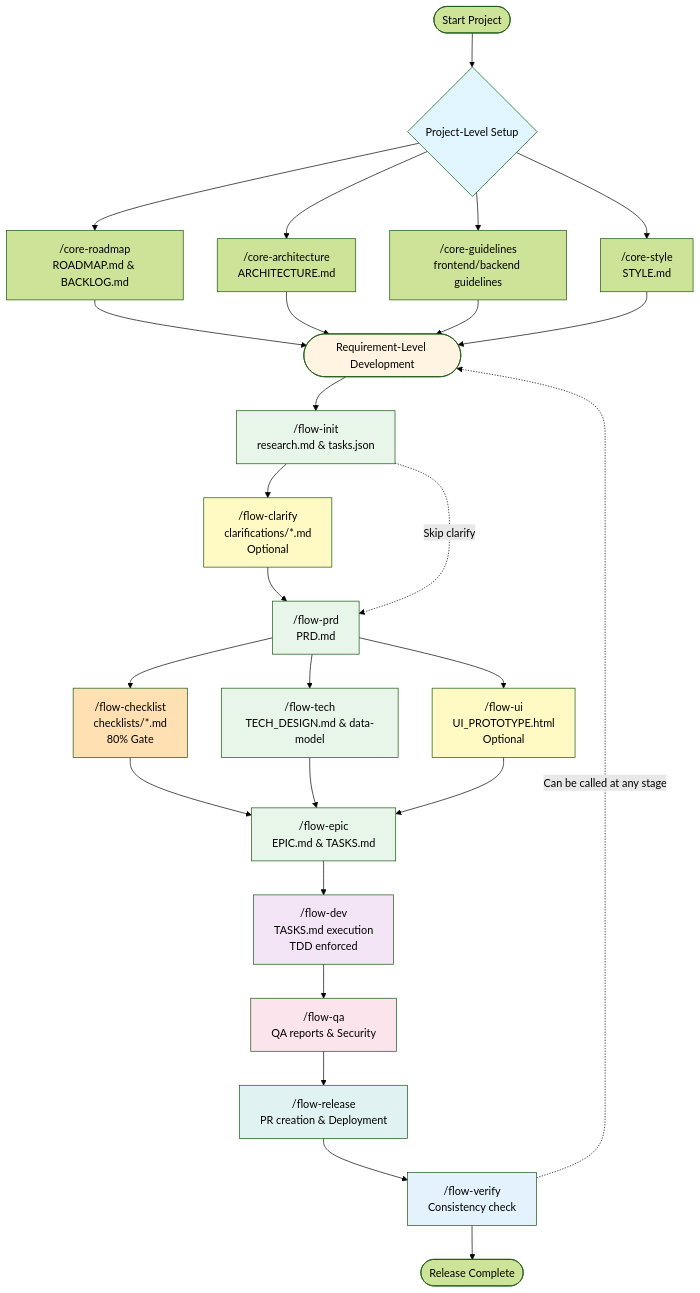
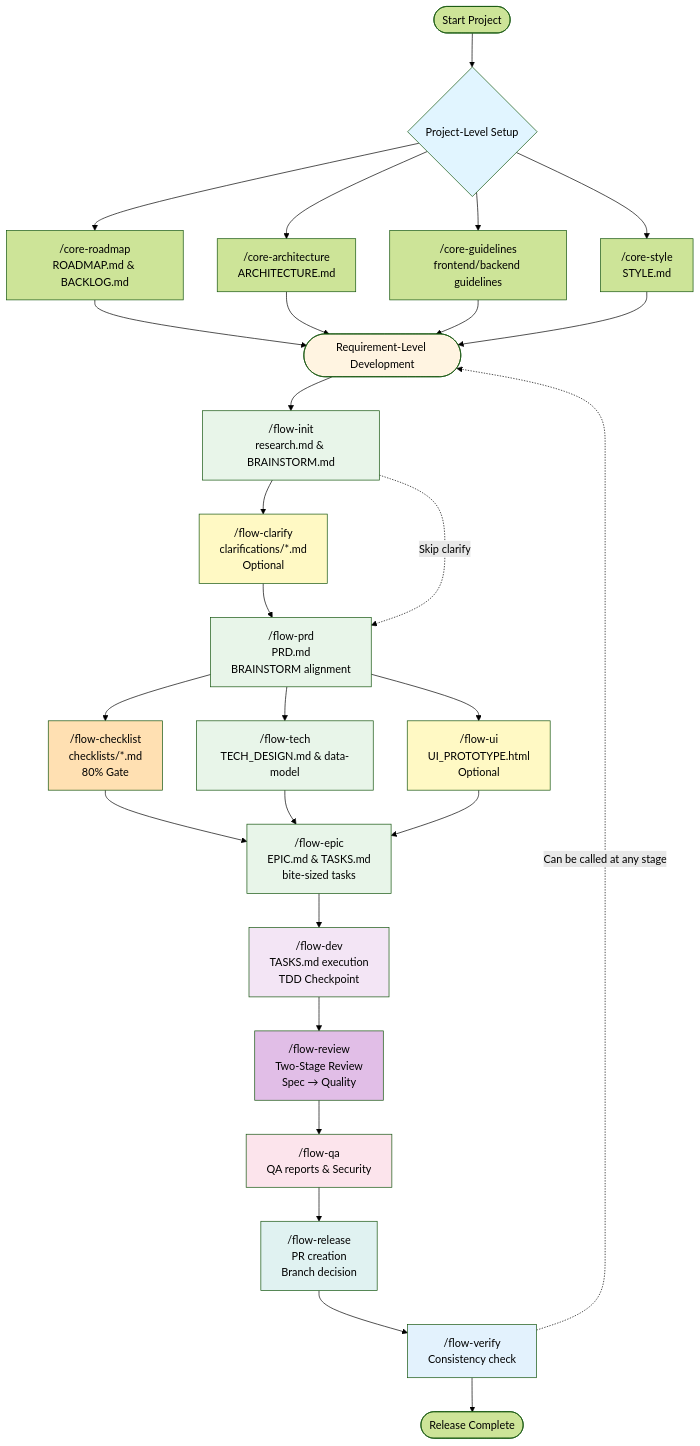
The diagram in README.md (Dimon94/cc-devflow), drawn with Mermaid (forest theme) before and after one commit. The commit also changed other lines of this file and 1 other file, not shown here.

Commit message:
docs(readme): release v2.3.0 changelog

````diff
--- a/README.md
+++ b/README.md
@@ -275,53 +277,56 @@
 ```mermaid
 graph TB
     Start([Start Project]) --> ProjectLevel{Project-Level Setup}
-    
+
     ProjectLevel --> CoreRoadmap["/core-roadmap<br/>ROADMAP.md & BACKLOG.md"]
     ProjectLevel --> CoreArch["/core-architecture<br/>ARCHITECTURE.md"]
     ProjectLevel --> CoreGuidelines["/core-guidelines<br/>frontend/backend guidelines"]
     ProjectLevel --> CoreStyle["/core-style<br/>STYLE.md"]
-    
+
     CoreRoadmap --> ReqLevel
     CoreArch --> ReqLevel
     CoreGuidelines --> ReqLevel
     CoreStyle --> ReqLevel
-    
-    ReqLevel([Requirement-Level Development]) --> FlowInit["/flow-init<br/>research.md & tasks.json"]
-    
+
+    ReqLevel([Requirement-Level Development]) --> FlowInit["/flow-init<br/>research.md & BRAINSTORM.md"]
+
     FlowInit --> FlowClarify["/flow-clarify<br/>clarifications/*.md<br/>Optional"]
-    FlowClarify --> FlowPRD["/flow-prd<br/>PRD.md"]
+    FlowClarify --> FlowPRD["/flow-prd<br/>PRD.md<br/>BRAINSTORM alignment"]
     FlowInit -.->|Skip clarify| FlowPRD
     FlowPRD --> FlowChecklist["/flow-checklist<br/>checklists/*.md<br/>80% Gate"]
     FlowPRD --> FlowTech["/flow-tech<br/>TECH_DESIGN.md & data-model"]
     FlowPRD --> FlowUI["/flow-ui<br/>UI_PROTOTYPE.html<br/>Optional"]
 
     FlowChecklist --> FlowEpic
-    FlowTech --> FlowEpic["/flow-epic<br/>EPIC.md & TASKS.md"]
+    FlowTech --> FlowEpic["/flow-epic<br/>EPIC.md & TASKS.md<br/>bite-sized tasks"]
     FlowUI --> FlowEpic
-    
-    FlowEpic --> FlowDev["/flow-dev<br/>TASKS.md execution<br/>TDD enforced"]
-    
-    FlowDev --> FlowQA["/flow-qa<br/>QA reports & Security"]
-    
-    FlowQA --> FlowRelease["/flow-release<br/>PR creation & Deployment"]
-    
+
+    FlowEpic --> FlowDev["/flow-dev<br/>TASKS.md execution<br/>TDD Checkpoint"]
+
+    FlowDev --> FlowReview["/flow-review<br/>Two-Stage Review<br/>Spec → Quality"]
+
+    FlowReview --> FlowQA["/flow-qa<br/>QA reports & Security"]
+
+    FlowQA --> FlowRelease["/flow-release<br/>PR creation<br/>Branch decision"]
+
     FlowRelease --> FlowVerify["/flow-verify<br/>Consistency check"]
-    
+
     FlowVerify --> End([Release Complete])
-    
+
     FlowVerify -.->|Can be called at any stage| ReqLevel
-    
+
     style ProjectLevel fill:#e1f5ff
     style ReqLevel fill:#fff4e1
     style FlowInit fill:#e8f5e9
     style FlowClarify fill:#fff9c4
     style FlowPRD fill:#e8f5e9
     style FlowChecklist fill:#ffe0b2
     style FlowTech fill:#e8f5e9
     style FlowUI fill:#fff9c4
     style FlowEpic fill:#e8f5e9
     style FlowDev fill:#f3e5f5
+    style FlowReview fill:#e1bee7
     style FlowQA fill:#fce4ec
     style FlowRelease fill:#e0f2f1
     style FlowVerify fill:#e3f2fd
 ```
````
